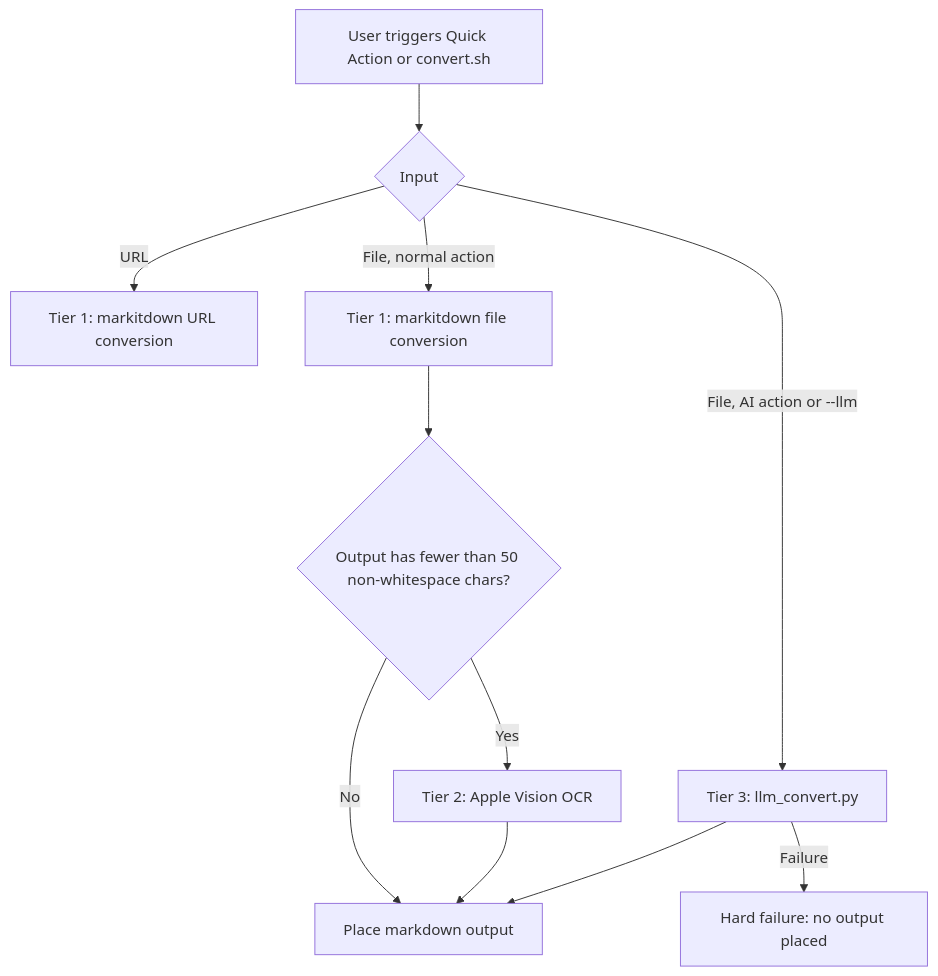
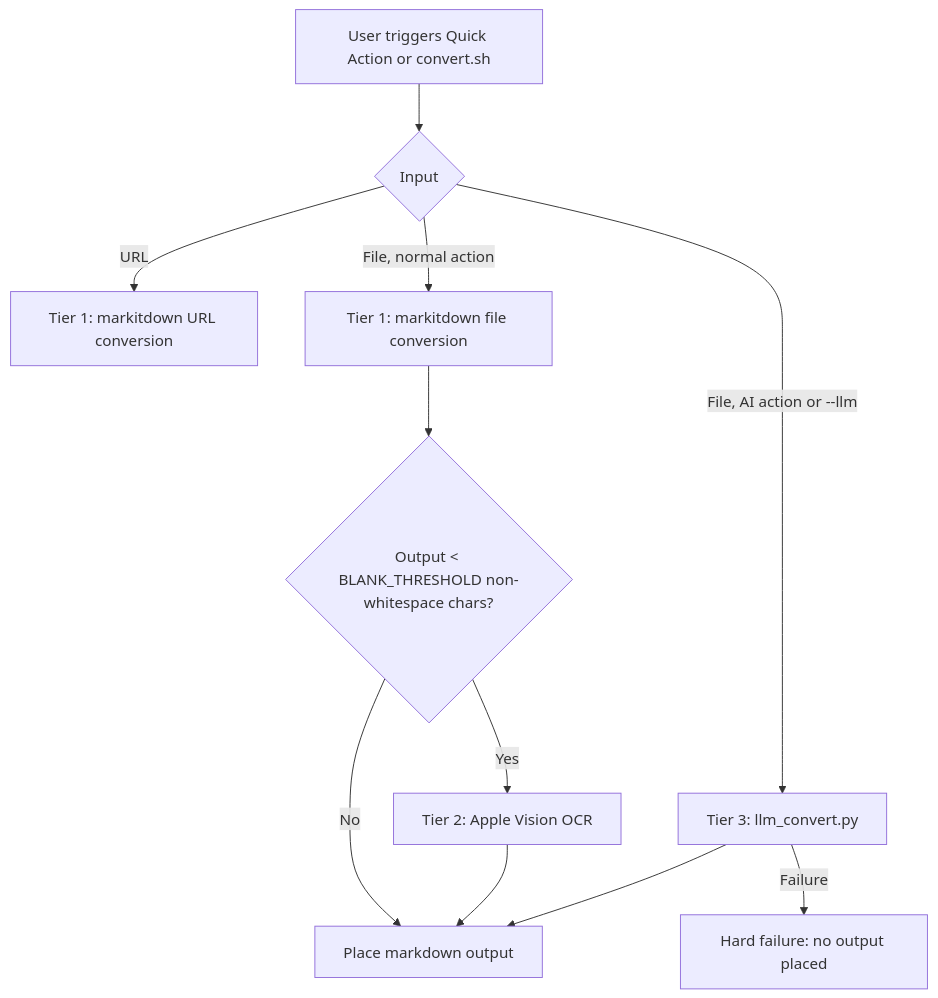
The diagram in docs/Architecture.md (juanlazarde/markitdown-automator), drawn with Mermaid before and after one commit. The commit also changed other lines of this file and 12 other files, not shown here.

````diff
--- a/docs/Architecture.md
+++ b/docs/Architecture.md
@@ -13,13 +13,13 @@
 ```mermaid
 flowchart TD
     A[User triggers Quick Action or convert.sh] --> B{Input}
     B -->|URL| U[Tier 1: markitdown URL conversion]
     B -->|File, normal action| T1[Tier 1: markitdown file conversion]
-    T1 --> C{Output has fewer than 50 non-whitespace chars?}
+    T1 --> C{Output < BLANK_THRESHOLD non-whitespace chars?}
     C -->|No| P[Place markdown output]
     C -->|Yes| T2[Tier 2: Apple Vision OCR]
     T2 --> P
     B -->|File, AI action or --llm| T3[Tier 3: llm_convert.py]
     T3 --> P
     T3 -->|Failure| F[Hard failure: no output placed]
 ```
````
